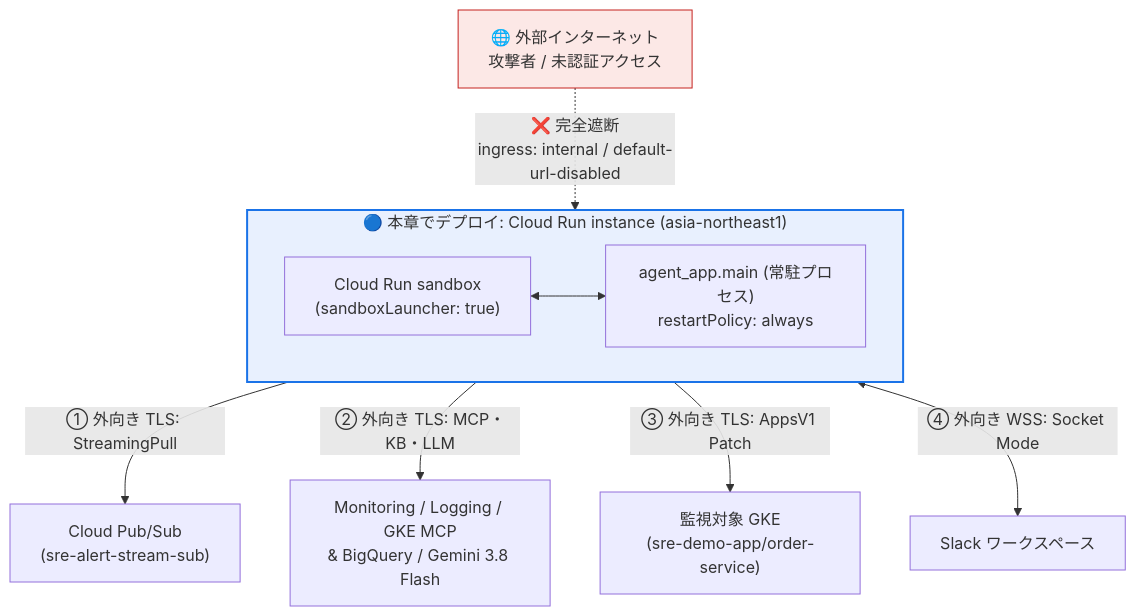
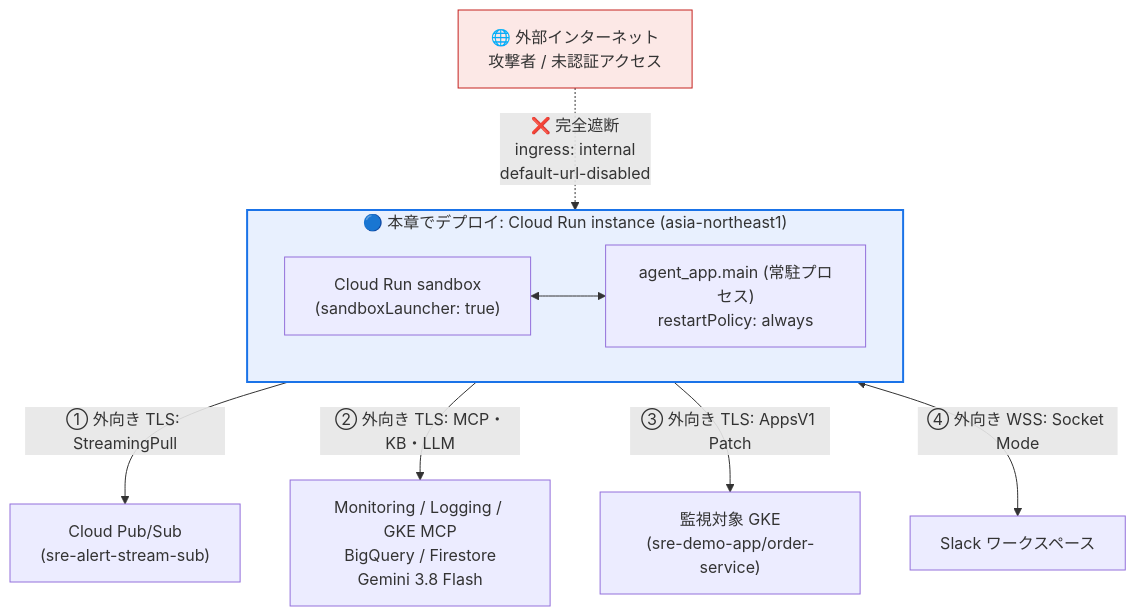
Before and after one commit to tyorikan/agentic-sre-handson: the first of 4 diagrams in docs/05-deploy-cloud-run-instance-and-drills.md, drawn with Mermaid. The commit also changed other lines of this file and 15 other files, not shown here.

````diff
--- a/docs/05-deploy-cloud-run-instance-and-drills.md
+++ b/docs/05-deploy-cloud-run-instance-and-drills.md
@@ -12,17 +12,17 @@
 ```mermaid
 flowchart TB
-    Internet["🌐 外部インターネット<br/>攻撃者 / 未認証アクセス"] -.->|"❌ 完全遮断<br/>ingress: internal / default-url-disabled"| Instance
+    Internet["🌐 外部インターネット<br/>攻撃者 / 未認証アクセス"] -.->|"❌ 完全遮断<br/>ingress: internal<br/>default-url-disabled"| Instance
 
     subgraph Instance["🔵 本章でデプロイ: Cloud Run instance (asia-northeast1)"]
         direction LR
         SubSB["Cloud Run sandbox<br/>(sandboxLauncher: true)"] <--> Daemon["agent_app.main (常駐プロセス)<br/>restartPolicy: always"]
     end
 
     Daemon -->|"① 外向き TLS: StreamingPull"| PS["Cloud Pub/Sub<br/>(sre-alert-stream-sub)"]
-    Daemon -->|"② 外向き TLS: MCP・KB・LLM"| GCP["Monitoring / Logging / GKE MCP<br/>& BigQuery / Gemini 3.8 Flash"]
+    Daemon -->|"② 外向き TLS: MCP・KB・LLM"| GCP["Monitoring / Logging / GKE MCP<br/>BigQuery / Firestore<br/>Gemini 3.8 Flash"]
     Daemon -->|"③ 外向き TLS: AppsV1 Patch"| GKE["監視対象 GKE<br/>(sre-demo-app/order-service)"]
     Daemon <-->|"④ 外向き WSS: Socket Mode"| Slack["Slack ワークスペース"]
 
     style Instance fill:#e8f0fe,stroke:#1a73e8,stroke-width:2px
     style Internet fill:#fce8e6,stroke:#c5221f
 ```
````
